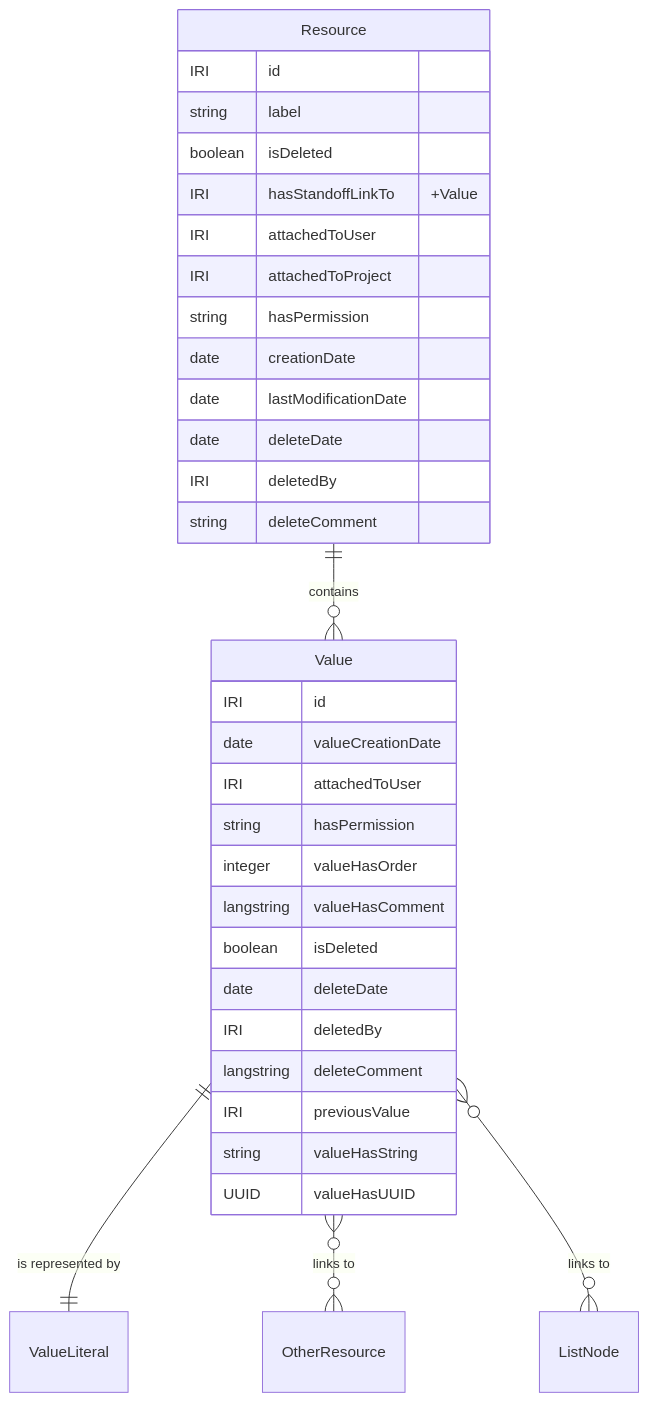
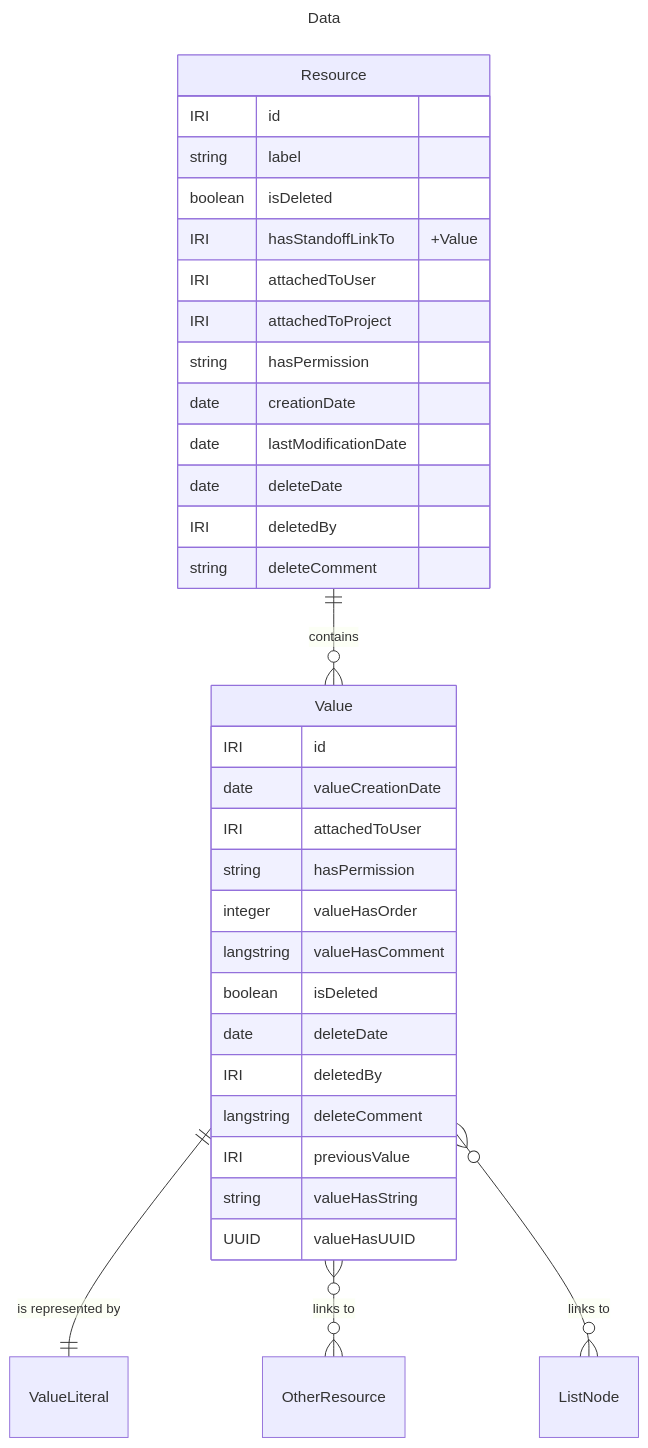
Before and after one commit to dasch-swiss/dsp-api: the fourth of 9 diagrams in docs/05-internals/design/domain/domain-model.md, drawn with Mermaid. The commit also changed other lines of this file and 1 other file, not shown here.

````diff
--- a/docs/05-internals/design/domain/domain-model.md
+++ b/docs/05-internals/design/domain/domain-model.md
@@ -166,36 +176,39 @@
 ```mermaid
+---
+title: Data
+---
 erDiagram
     Resource {
         IRI id
         string label
         boolean isDeleted
         IRI hasStandoffLinkTo "+Value"
         IRI attachedToUser
         IRI attachedToProject
         string hasPermission
         date creationDate
         date lastModificationDate
         date deleteDate
         IRI deletedBy
         string deleteComment
     }
     Value {
         IRI id
         date valueCreationDate
         IRI attachedToUser
         string hasPermission
         integer valueHasOrder
         langstring valueHasComment
         boolean isDeleted
         date deleteDate
         IRI deletedBy
         langstring deleteComment
         IRI previousValue
         string valueHasString
         UUID valueHasUUID
     }
     Resource ||--o{ Value: contains
     Value ||--|| ValueLiteral: "is represented by"
     Value }o--o{ OtherResource: "links to"
     Value }o--o{ ListNode: "links to"
 ```
````
